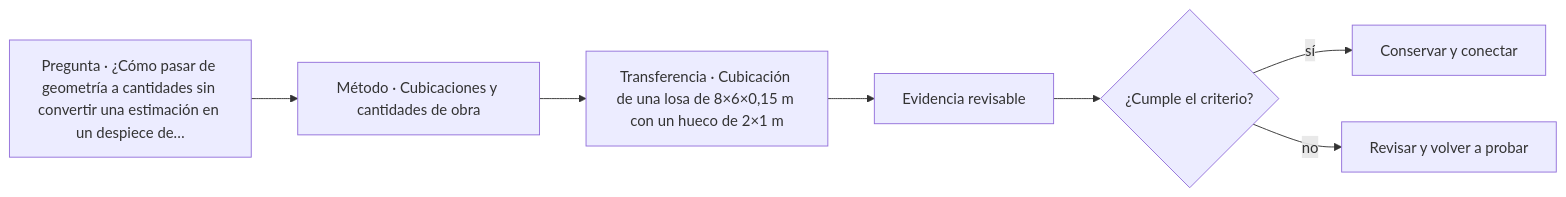
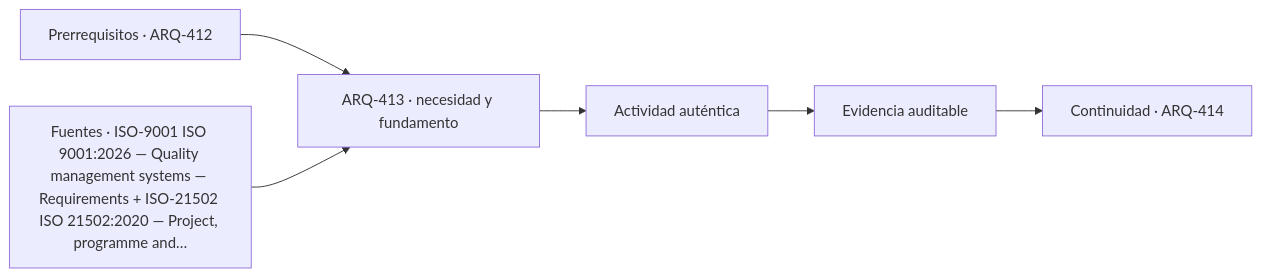
Before and after one commit to vladimiracunadev-create/architecture-built-environment-learning-program: the diagram in classes/parte-42/ARQ-413.md, drawn with Mermaid. The commit also changed other lines of this file and 761 other files, not shown here.

````diff
--- a/classes/parte-42/ARQ-413.md
+++ b/classes/parte-42/ARQ-413.md
@@ -75,9 +87,8 @@
 ```mermaid
 flowchart LR
-    Q["Pregunta · ¿Cómo pasar de geometría a cantidades sin convertir una estimación en un despiece de…"] --> M["Método · Cubicaciones y cantidades de obra"]
-    M --> P["Transferencia · Cubicación de una losa de 8×6×0,15 m con un hueco de 2×1 m"]
-    P --> E["Evidencia revisable"]
-    E --> C{"¿Cumple el criterio?"}
-    C -->|sí| T["Conservar y conectar"]
-    C -->|no| R["Revisar y volver a probar"]
+    A["Prerrequisitos · ARQ-412"] --> B["ARQ-413 · necesidad y fundamento"]
+    S["Fuentes · ISO-9001 ISO 9001:2026 — Quality management systems — Requirements + ISO-21502 ISO 21502:2020 — Project, programme and…"] --> B
+    B --> C["Actividad auténtica"]
+    C --> D["Evidencia auditable"]
+    D --> E["Continuidad · ARQ-414"]
 ```
````
